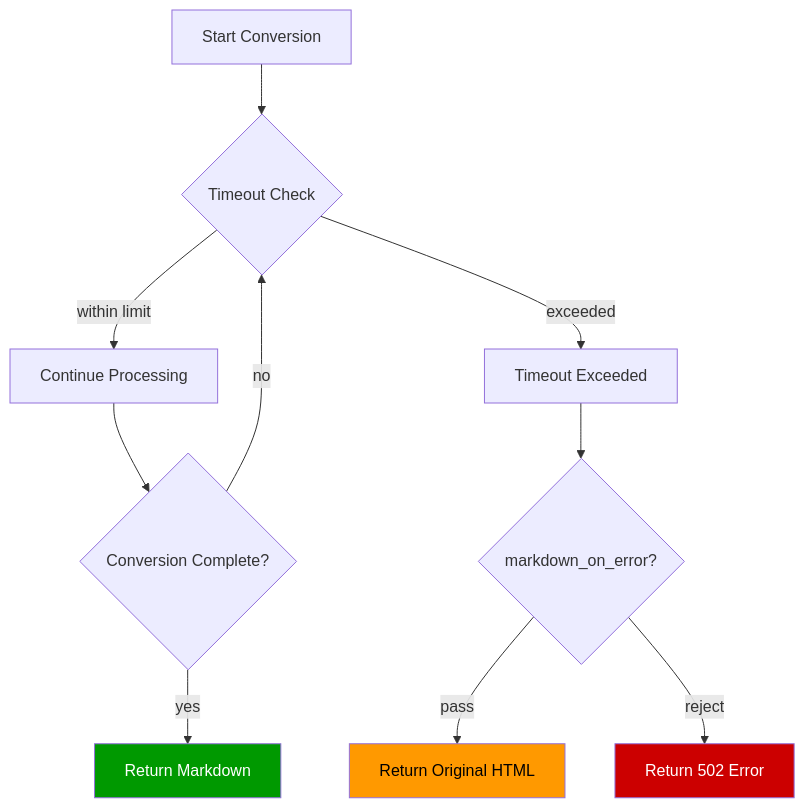
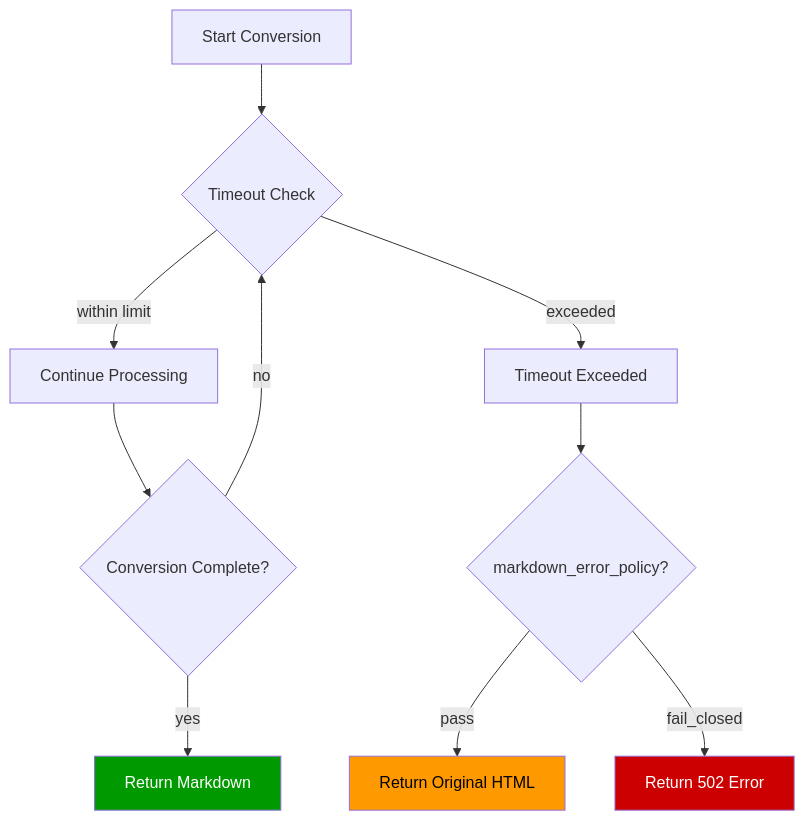
Before and after one commit to cnkang/nginx-markdown-for-agents: the diagram in docs/features/COOPERATIVE_TIMEOUT.md, drawn with Mermaid. The commit also changed 24 other files, not shown here.

````diff
--- a/docs/features/COOPERATIVE_TIMEOUT.md
+++ b/docs/features/COOPERATIVE_TIMEOUT.md
@@ -5,16 +5,16 @@
 ```mermaid
 flowchart TD
     Start["Start Conversion"] --> Check{"Timeout Check"}
     Check -->|within limit| Continue["Continue Processing"]
     Check -->|exceeded| Fail["Timeout Exceeded"]
     Continue --> Done{"Conversion Complete?"}
     Done -->|yes| Success["Return Markdown"]
     Done -->|no| Check
-    Fail --> OnError{"markdown_on_error?"}
+    Fail --> OnError{"markdown_error_policy?"}
     OnError -->|pass| FailOpen["Return Original HTML"]
-    OnError -->|reject| FailClosed["Return 502 Error"]
+    OnError -->|fail_closed| FailClosed["Return 502 Error"]
     
     style Success fill:#090,color:#fff
     style FailOpen fill:#f90,color:#000
     style FailClosed fill:#c00,color:#fff
 ```
````
